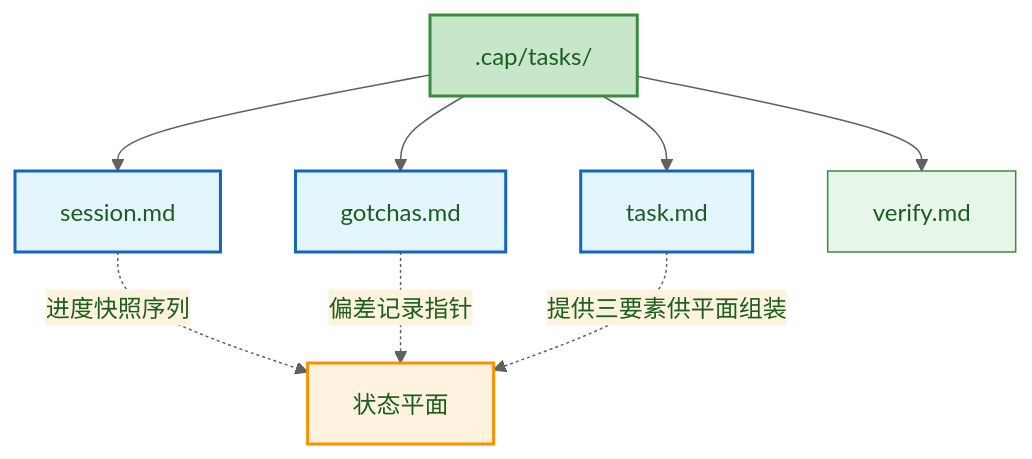
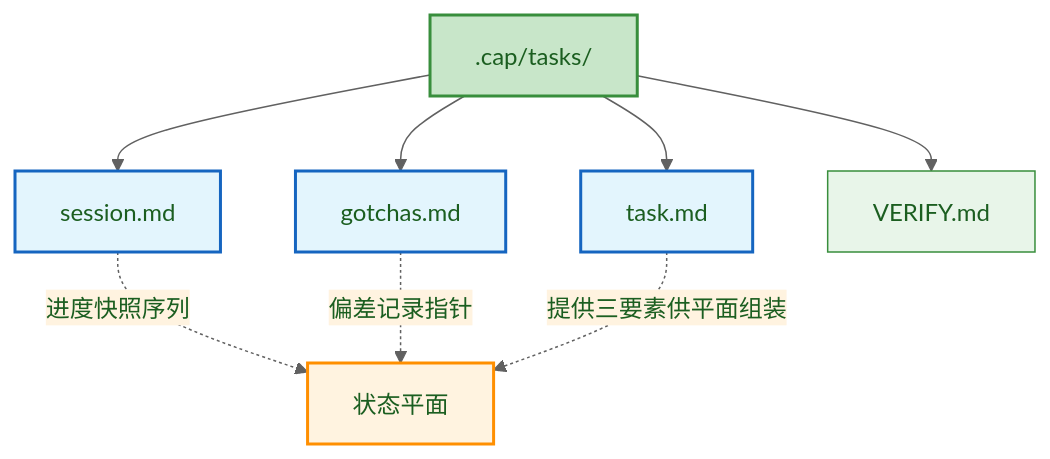
Before and after one commit to Lazyn0tBug/mem0ress: the sixth of 9 diagrams in docs/SPEC.md, drawn with Mermaid. The commit also changed other lines of this file and 5 other files, not shown here.

Commit message:
refactor(docs): naming convention — SPEC/PROTOCOL/SCHEMA/VERIFY uppercase; templates/verify.md lowercase

````diff
--- a/docs/SPEC.md
+++ b/docs/SPEC.md
@@ -415,27 +415,27 @@
 ```mermaid
 %% label：.cap 文件树与概念映射
 %%{ init: { 'theme': 'base', 'themeVariables': { 'primaryColor': '#e8f5e9', 'primaryTextColor': '#1b5e20', 'primaryBorderColor': '#388e3c', 'lineColor': '#616161', 'secondaryColor': '#fff3e0', 'tertiaryColor': '#fafafa' } } }%%
 graph TD
     ROOT[".cap/tasks/"]
     TMPL["task.md"]
     SESS["session.md"]
     GOT["gotchas.md"]
-    JDG["verify.md"]
+    JDG["VERIFY.md"]
 
     ROOT --> TMPL
     ROOT --> SESS
     ROOT --> GOT
     ROOT --> JDG
 
     SESS -.->|进度快照序列| SP["状态平面"]
     GOT -.->|偏差记录指针| SP
     TMPL -.->|提供三要素供平面组装| SP
 
     classDef dir fill:#c8e6c9,stroke:#388e3c,stroke-width:2px;
     classDef file fill:#e3f5fd,stroke:#1565c0,stroke-width:2px;
     classDef plane fill:#fff3e0,stroke:#ff8f00,stroke-width:2px;
     classDef ref fill:#fff3e0,stroke:#ff8f00,stroke-width:1px,stroke-dasharray:5,5;
     class ROOT dir;
     class TMPL,SESS,GOT file;
     class SP plane;
 ```
````
